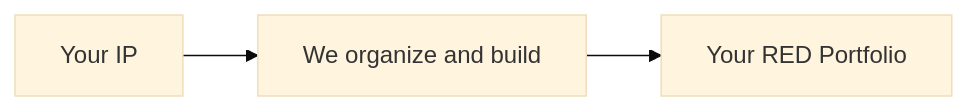
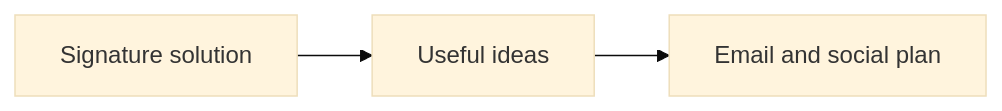
One commit to redrhino-online/red-canon changed the second of 7 diagrams in docs/method/develop-audience.md. Above: the diagram before and after it, drawn with Mermaid (base theme). The commit also changed other lines of this file and 3 other files, not shown here.

````diff
--- a/docs/method/develop-audience.md
+++ b/docs/method/develop-audience.md
@@ -43,4 +24,4 @@
 ```mermaid
 flowchart LR
-    A[Your IP] --> B[We organize and build] --> C[Your RED Portfolio]
+    A[Signature solution] --> B[Useful ideas] --> C[Email and social plan]
 ```
````
